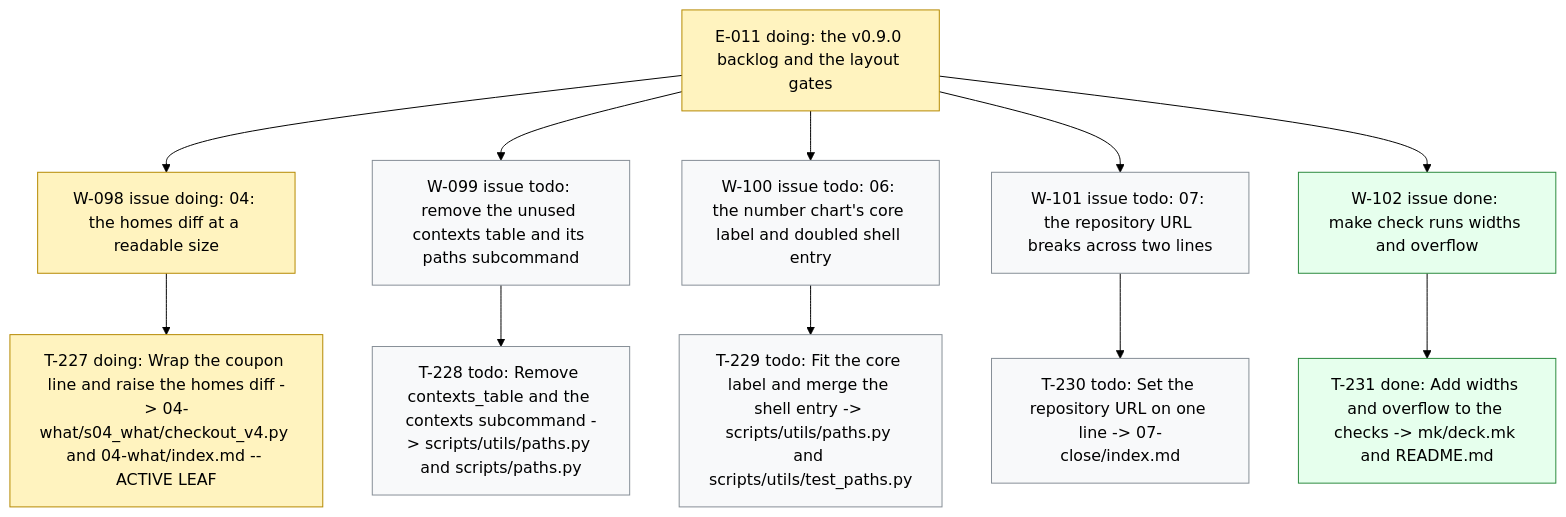
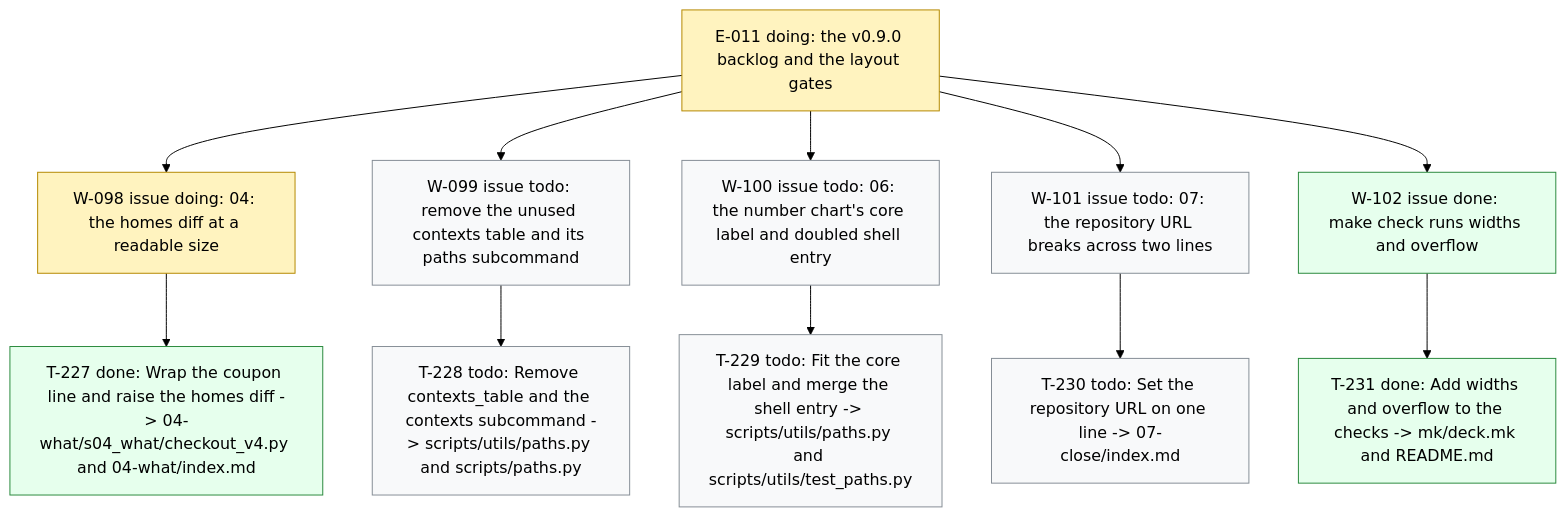
One commit to dpopchev/chaos-to-simple changed the diagram in .board/BOARD.md. Above: the diagram before and after it, drawn with Mermaid (forest theme). The commit also changed other lines of this file and 1 other file, not shown here.

Commit message:
chore(board): close T-227 -- W-098 ready to land
Refs: W-098 T-227

````diff
--- a/.board/BOARD.md
+++ b/.board/BOARD.md
@@ -594,22 +594,22 @@
 ```mermaid
 flowchart TD
   E011["E-011 doing: the v0.9.0 backlog and the layout gates"]
   E011 --> W098["W-098 issue doing: 04: the homes diff at a readable size"]
-  W098 --> T227["T-227 doing: Wrap the coupon line and raise the homes diff -> 04-what/s04_what/checkout_v4.py and 04-what/index.md -- ACTIVE LEAF"]
+  W098 --> T227["T-227 done: Wrap the coupon line and raise the homes diff -> 04-what/s04_what/checkout_v4.py and 04-what/index.md"]
   E011 --> W099["W-099 issue todo: remove the unused contexts table and its paths subcommand"]
   W099 --> T228["T-228 todo: Remove contexts_table and the contexts subcommand -> scripts/utils/paths.py and scripts/paths.py"]
   E011 --> W100["W-100 issue todo: 06: the number chart's core label and doubled shell entry"]
   W100 --> T229["T-229 todo: Fit the core label and merge the shell entry -> scripts/utils/paths.py and scripts/utils/test_paths.py"]
   E011 --> W101["W-101 issue todo: 07: the repository URL breaks across two lines"]
   W101 --> T230["T-230 todo: Set the repository URL on one line -> 07-close/index.md"]
   E011 --> W102["W-102 issue done: make check runs widths and overflow"]
   W102 --> T231["T-231 done: Add widths and overflow to the checks -> mk/deck.mk and README.md"]
   classDef doing fill:#fff3bf,stroke:#b58900,color:#000;
   classDef blocked fill:#ffe3e3,stroke:#c92a2a,color:#000;
   classDef done fill:#e6ffed,stroke:#2b8a3e,color:#000;
   classDef todo fill:#f8f9fa,stroke:#868e96,color:#000;
   classDef pruned fill:#f1f3f5,stroke:#adb5bd,color:#000;
-  class E011,W098,T227 doing
-  class W102,T231 done
+  class E011,W098 doing
+  class T227,W102,T231 done
   class W099,T228,W100,T229,W101,T230 todo
 ```
````
